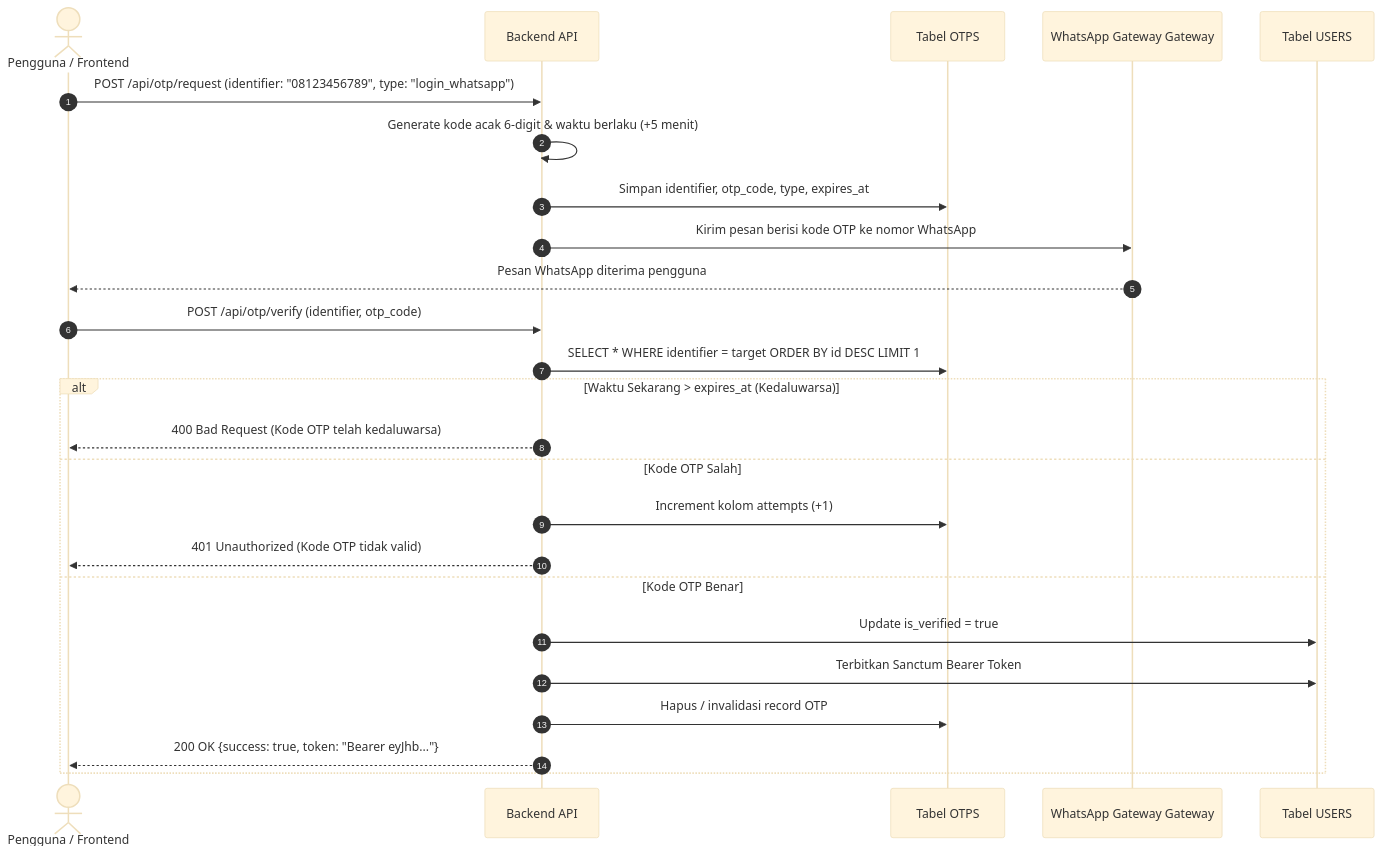
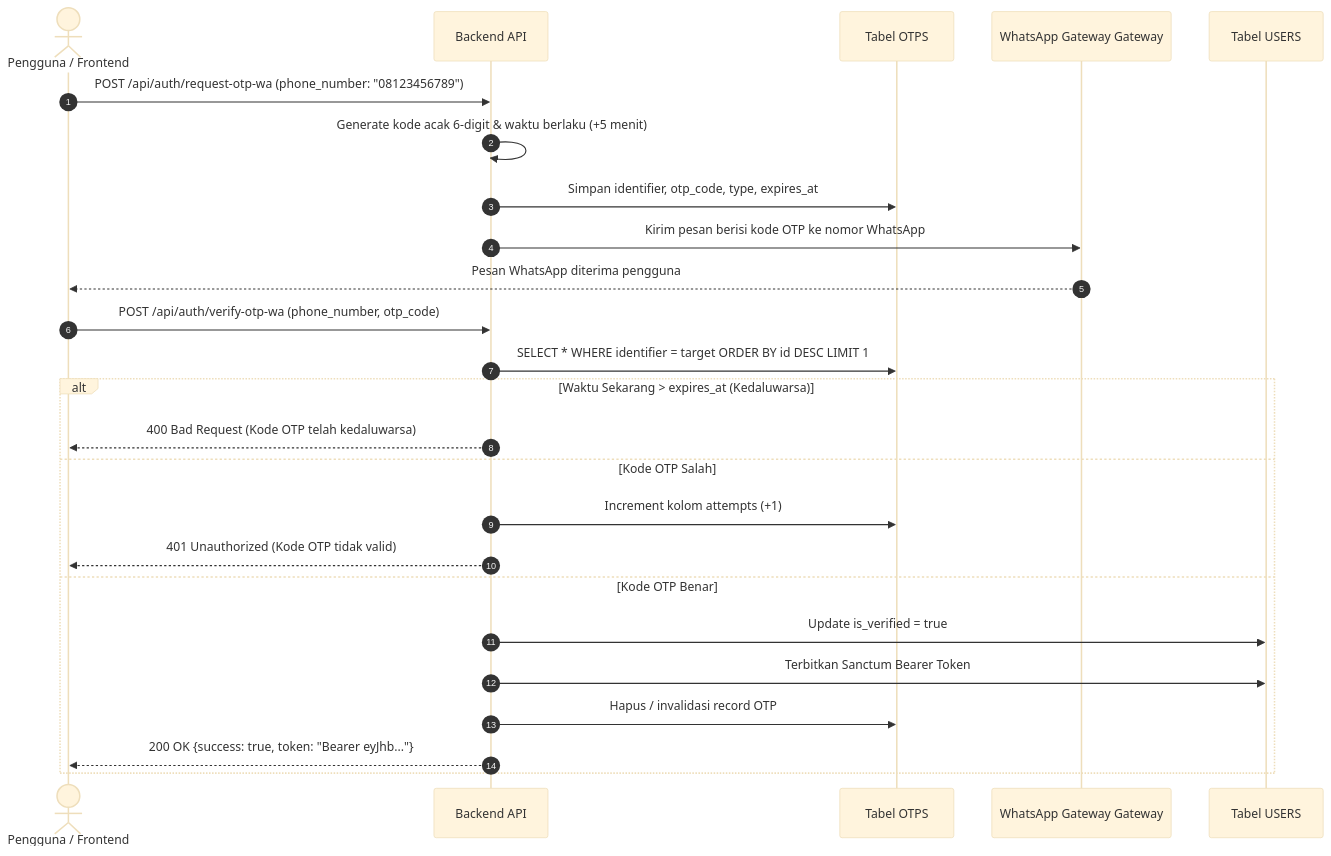
One commit to nabilkencana/Laravel-UKL changed the third of 3 diagrams in README.md. Above: the diagram before and after it, drawn with Mermaid (base theme). The commit also changed other lines of this file and 4 other files, not shown here.

Commit message:
Update README.md and Postman files; enhance API documentation and add Postman collections for testing authentication flows

````diff
--- a/README.md
+++ b/README.md
@@ -280,31 +281,31 @@
 ```mermaid
 sequenceDiagram
     autonumber
     actor Client as Pengguna / Frontend
     participant App as Backend API
     participant OTP_DB as Tabel OTPS
     participant WA as WhatsApp Gateway Gateway
     participant User_DB as Tabel USERS
 
     %% Permintaan OTP
-    Client->>App: POST /api/otp/request (identifier: "08123456789", type: "login_whatsapp")
+    Client->>App: POST /api/auth/request-otp-wa (phone_number: "08123456789")
     App->>App: Generate kode acak 6-digit & waktu berlaku (+5 menit)
     App->>OTP_DB: Simpan identifier, otp_code, type, expires_at
     App->>WA: Kirim pesan berisi kode OTP ke nomor WhatsApp
     WA-->>Client: Pesan WhatsApp diterima pengguna
 
     %% Verifikasi OTP
-    Client->>App: POST /api/otp/verify (identifier, otp_code)
+    Client->>App: POST /api/auth/verify-otp-wa (phone_number, otp_code)
     App->>OTP_DB: SELECT * WHERE identifier = target ORDER BY id DESC LIMIT 1
     alt Waktu Sekarang > expires_at (Kedaluwarsa)
         App-->>Client: 400 Bad Request (Kode OTP telah kedaluwarsa)
     else Kode OTP Salah
         App->>OTP_DB: Increment kolom attempts (+1)
         App-->>Client: 401 Unauthorized (Kode OTP tidak valid)
     else Kode OTP Benar
         App->>User_DB: Update is_verified = true
         App->>User_DB: Terbitkan Sanctum Bearer Token
         App->>OTP_DB: Hapus / invalidasi record OTP
         App-->>Client: 200 OK {success: true, token: "Bearer eyJhb..."}
     end
 ```
````
